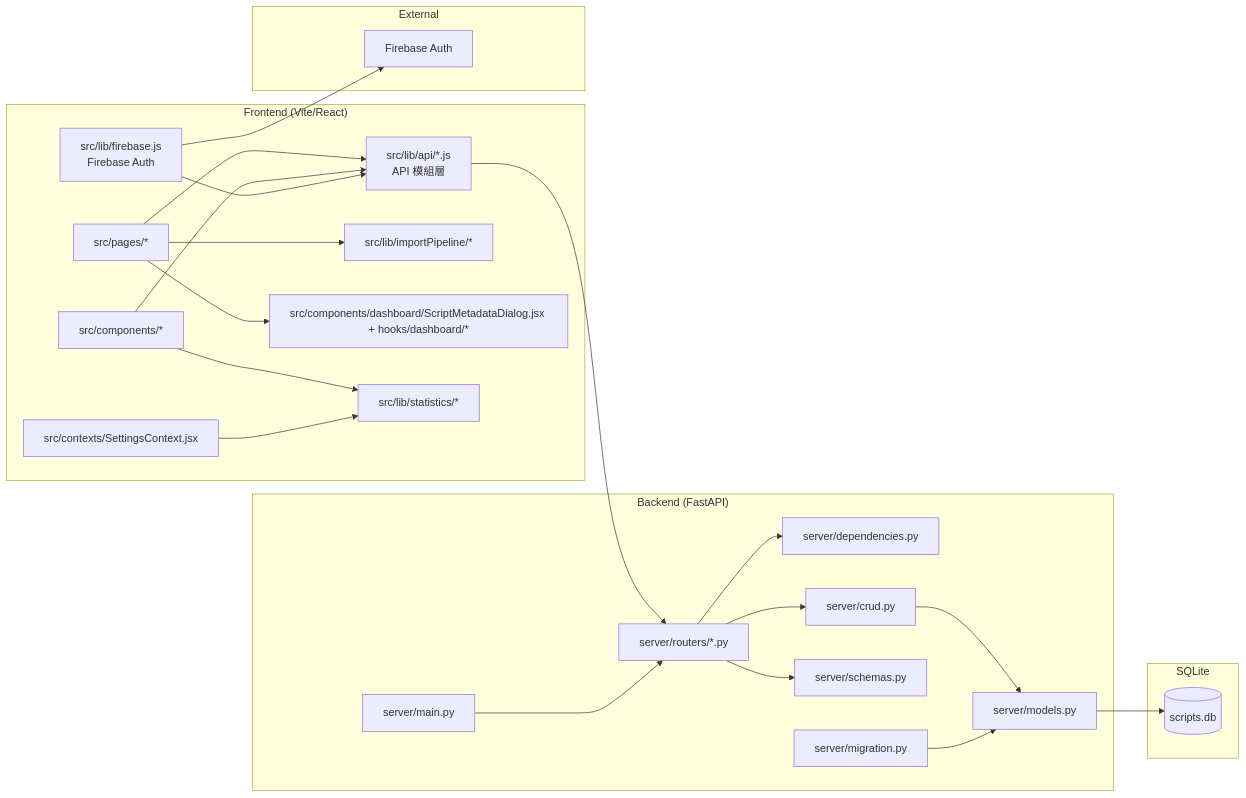
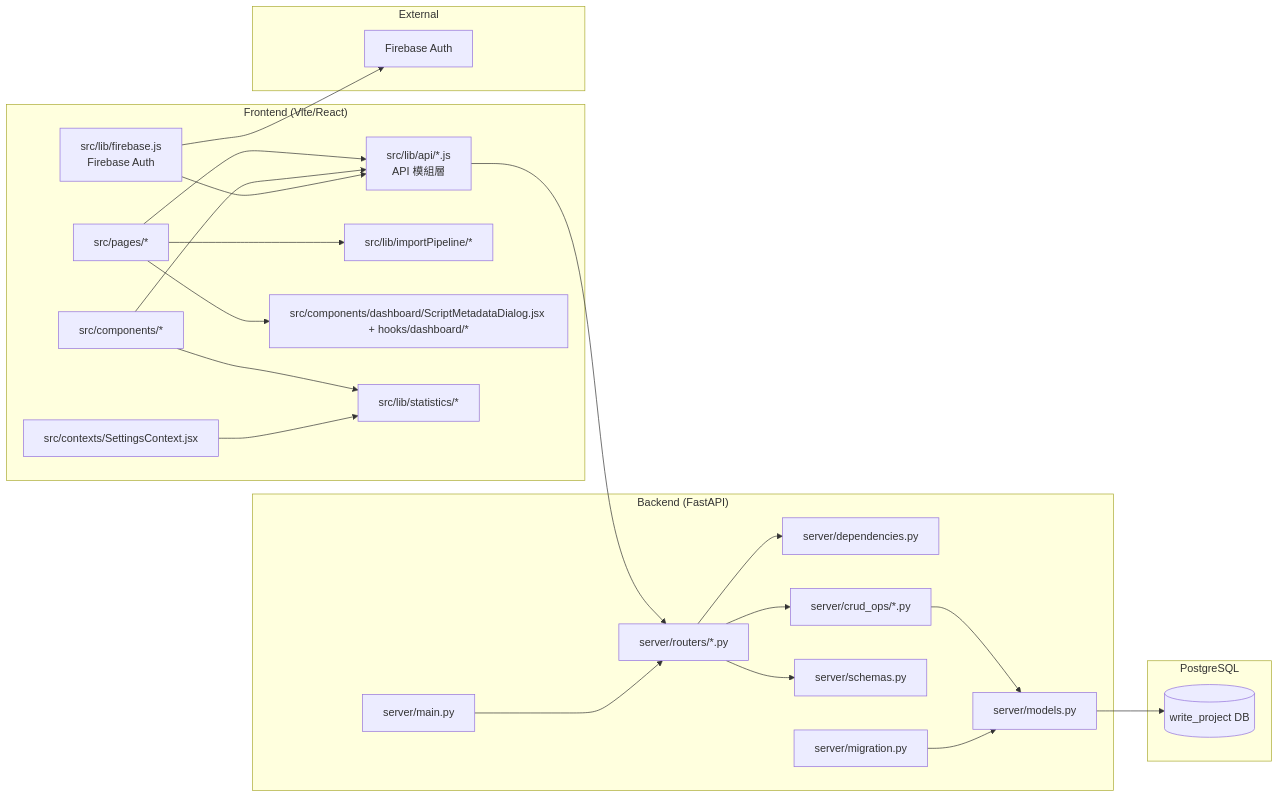
The second of 4 diagrams in docs/product/architecture.md (Shawn-csy/write_project), drawn with Mermaid before and after one commit. The commit also changed other lines of this file and 5 other files, not shown here.

Commit message:
Document PostgreSQL-first architecture and update CRUD path references

````diff
--- a/docs/product/architecture.md
+++ b/docs/product/architecture.md
@@ -37,49 +37,49 @@
 ```mermaid
 flowchart LR
   subgraph Frontend["Frontend (Vite/React)"]
     FE_PAGES[src/pages/*]
     FE_COMP[src/components/*]
     FE_API[src/lib/api/*.js\nAPI 模組層]
     FE_AUTH[src/lib/firebase.js\nFirebase Auth]
     FE_IMPORT[src/lib/importPipeline/*]
     FE_META[src/components/dashboard/ScriptMetadataDialog.jsx + hooks/dashboard/*]
     FE_STATS[src/lib/statistics/*]
     FE_CTX[src/contexts/SettingsContext.jsx]
   end
 
   subgraph Backend["Backend (FastAPI)"]
     BE_MAIN[server/main.py]
     BE_DEP[server/dependencies.py]
     BE_ROUTERS[server/routers/*.py]
-    BE_CRUD[server/crud.py]
+    BE_CRUD[server/crud_ops/*.py]
     BE_MODELS[server/models.py]
     BE_SCHEMA[server/schemas.py]
     BE_MIG[server/migration.py]
   end
 
-  subgraph DB["SQLite"]
-    DB_SQL[(scripts.db)]
+  subgraph DB["PostgreSQL"]
+    DB_SQL[(write_project DB)]
   end
 
   subgraph Services["External"]
     FB[Firebase Auth]
   end
 
   FE_PAGES --> FE_API
   FE_COMP --> FE_API
   FE_PAGES --> FE_IMPORT
   FE_PAGES --> FE_META
   FE_COMP --> FE_STATS
   FE_CTX --> FE_STATS
   FE_AUTH --> FE_API
   FE_AUTH --> FB
 
   FE_API --> BE_ROUTERS
   BE_MAIN --> BE_ROUTERS
   BE_ROUTERS --> BE_DEP
   BE_ROUTERS --> BE_SCHEMA
   BE_ROUTERS --> BE_CRUD
   BE_CRUD --> BE_MODELS
   BE_MIG --> BE_MODELS
   BE_MODELS --> DB_SQL
 ```
````
